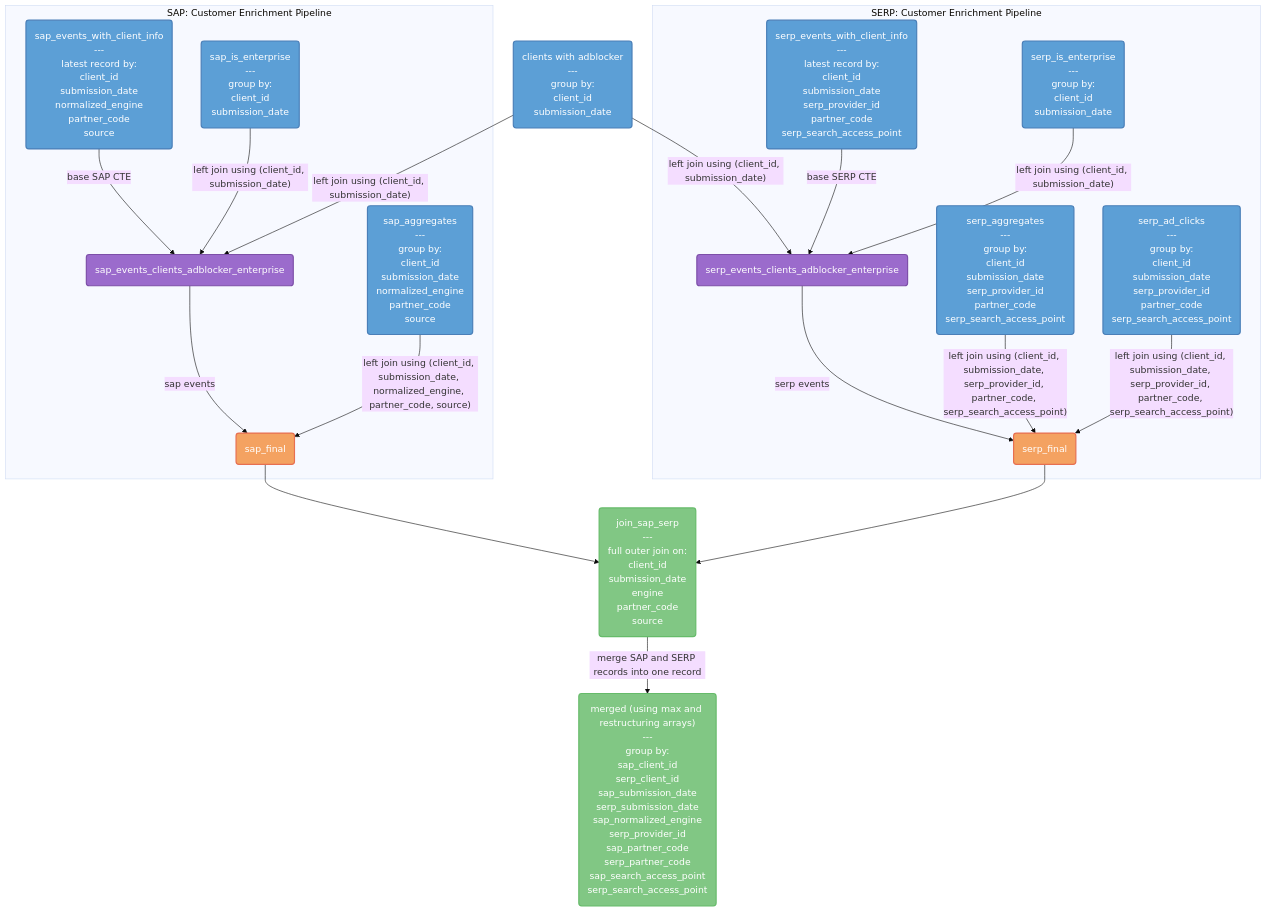
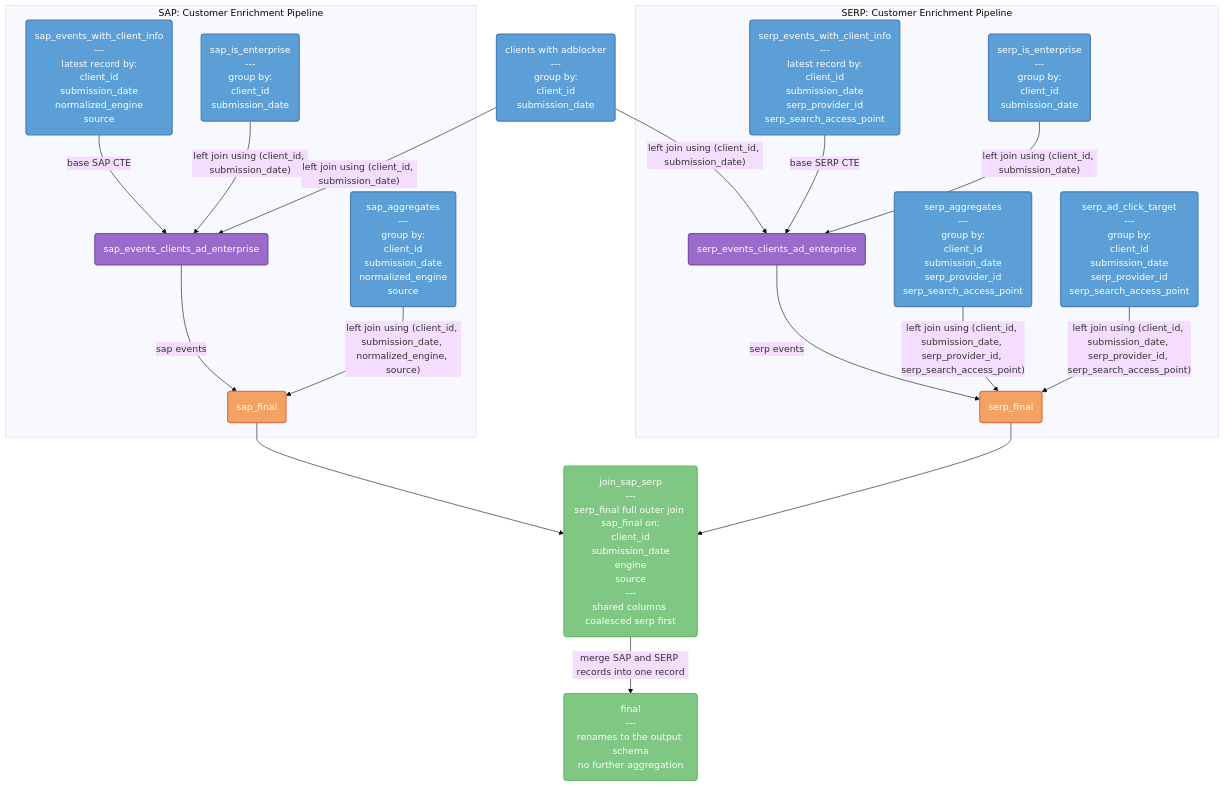
One commit to mozilla/bigquery-etl changed the diagram in sql/moz-fx-data-shared-prod/search_derived/search_clients_daily_v9/README.md. Above: the diagram before and after it, drawn with Mermaid (base theme). The commit also changed other lines of this file and 3 other files, not shown here.

Commit message:
feat: keep sap-only rows in join_sap_serp and coalesce shared columns, serp first

````diff
--- a/sql/moz-fx-data-shared-prod/search_derived/search_clients_daily_v9/README.md
+++ b/sql/moz-fx-data-shared-prod/search_derived/search_clients_daily_v9/README.md
@@ -7,78 +9,78 @@
 ```mermaid
 graph TD
     %% OTHER
     adblocker("clients with adblocker<br/>---<br/>group by:<br/>client_id<br/>submission_date")
 
     %% SAP
     subgraph SG1["SAP: Customer Enrichment Pipeline"]
-    base_sap("sap_events_with_client_info<br/>---<br/>latest record by:<br/>client_id<br/>submission_date<br/>normalized_engine<br/>partner_code<br/>source")
+    base_sap("sap_events_with_client_info<br/>---<br/>latest record by:<br/>client_id<br/>submission_date<br/>normalized_engine<br/>source")
 
     sap_enterprise("sap_is_enterprise<br/>---<br/>group by:<br/>client_id<br/>submission_date")
 
-    sap_full_events("sap_events_clients_adblocker_enterprise")
+    sap_full_events("sap_events_clients_ad_enterprise")
 
-    sap_agg("sap_aggregates<br/>---<br/>group by:<br/>client_id<br/>submission_date<br/>normalized_engine<br/>partner_code<br/>source")
+    sap_agg("sap_aggregates<br/>---<br/>group by:<br/>client_id<br/>submission_date<br/>normalized_engine<br/>source")
 
     sap_final("sap_final")
 
     base_sap -->|"base SAP CTE"| sap_full_events
 
     sap_enterprise -->|"left join using (client_id, submission_date)"| sap_full_events
 
     sap_full_events -->|"sap events"| sap_final
 
-    sap_agg -->|"left join using (client_id, submission_date, normalized_engine, partner_code, source)"| sap_final
+    sap_agg -->|"left join using (client_id, submission_date, normalized_engine, source)"| sap_final
     end
 
     adblocker -->|"left join using (client_id, submission_date)"| sap_full_events
     adblocker -->|"left join using (client_id, submission_date)"| serp_full_events
 
     %% SERP
     subgraph SG2["SERP: Customer Enrichment Pipeline"]
-    base_serp("serp_events_with_client_info<br/>---<br/>latest record by:<br/>client_id<br/>submission_date<br/>serp_provider_id<br/>partner_code<br/>serp_search_access_point")
+    base_serp("serp_events_with_client_info<br/>---<br/>latest record by:<br/>client_id<br/>submission_date<br/>serp_provider_id<br/>serp_search_access_point")
 
     serp_enterprise("serp_is_enterprise<br/>---<br/>group by:<br/>client_id<br/>submission_date")
 
-    serp_full_events("serp_events_clients_adblocker_enterprise")
+    serp_full_events("serp_events_clients_ad_enterprise")
 
-    serp_agg("serp_aggregates<br/>---<br/>group by:<br/>client_id<br/>submission_date<br/>serp_provider_id<br/>partner_code<br/>serp_search_access_point")
+    serp_agg("serp_aggregates<br/>---<br/>group by:<br/>client_id<br/>submission_date<br/>serp_provider_id<br/>serp_search_access_point")
 
-    serp_ad_click("serp_ad_clicks<br/>---<br/>group by:<br/>client_id<br/>submission_date<br/>serp_provider_id<br/>partner_code<br/>serp_search_access_point")
+    serp_ad_click("serp_ad_click_target<br/>---<br/>group by:<br/>client_id<br/>submission_date<br/>serp_provider_id<br/>serp_search_access_point")
 
     serp_final("serp_final")
 
     base_serp -->|"base SERP CTE"| serp_full_events
 
     serp_enterprise -->|"left join using (client_id, submission_date)"| serp_full_events
 
     serp_full_events -->|"serp events"| serp_final
 
-    serp_agg -->|"left join using (client_id, submission_date, serp_provider_id, partner_code, serp_search_access_point)"| serp_final
+    serp_agg -->|"left join using (client_id, submission_date, serp_provider_id, serp_search_access_point)"| serp_final
 
-    serp_ad_click -->|"left join using (client_id, submission_date, serp_provider_id, partner_code, serp_search_access_point)"| serp_final
+    serp_ad_click -->|"left join using (client_id, submission_date, serp_provider_id, serp_search_access_point)"| serp_final
     end
 
     %% FINALS
 
-    join_sap_serp("join_sap_serp<br/>---<br/>full outer join on:<br/>client_id<br/>submission_date<br/>engine<br/>partner_code<br/>source")
+    join_sap_serp("join_sap_serp<br/>---<br/>serp_final full outer join sap_final on:<br/>client_id<br/>submission_date<br/>engine<br/>source<br/>---<br/>shared columns coalesced serp first")
 
-    merged("merged (using max and restructuring arrays)<br/>---<br/>group by:<br/>sap_client_id<br/>serp_client_id<br/>sap_submission_date<br/>serp_submission_date<br/>sap_normalized_engine<br/>serp_provider_id<br/>sap_partner_code<br/>serp_partner_code<br/>sap_search_access_point<br/>serp_search_access_point<br/>")
+    final("final<br/>---<br/>renames to the output schema<br/>no further aggregation")
 
     sap_final --> join_sap_serp
 
     serp_final --> join_sap_serp
 
-    join_sap_serp -->|"merge SAP and SERP records into one record"| merged
+    join_sap_serp -->|"merge SAP and SERP records into one record"| final
 
     %% Styling to match dbt docs
     classDef cteStyle fill:#5c9fd6,stroke:#4a7fb8,stroke-width:2px,color:#fff
     classDef joinStyle fill:#9b6bcc,stroke:#7d4fa8,stroke-width:2px,color:#fff
     classDef intermediateStyle fill:#f4a261,stroke:#e76f51,stroke-width:2px,color:#fff
     classDef finalStyle fill:#81c784,stroke:#66bb6a,stroke-width:2px,color:#fff
 
 
     class base_sap,adblocker,sap_enterprise,base_serp,serp_enterprise,sap_agg,serp_agg,serp_ad_click cteStyle
     class sap_full_events,serp_full_events joinStyle
     class sap_final,serp_final intermediateStyle
-    class join_sap_serp,merged finalStyle
+    class join_sap_serp,final finalStyle
 ```
````
